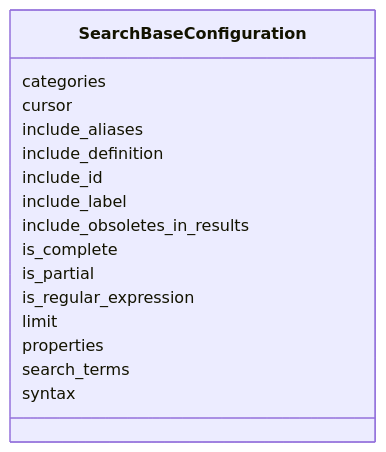
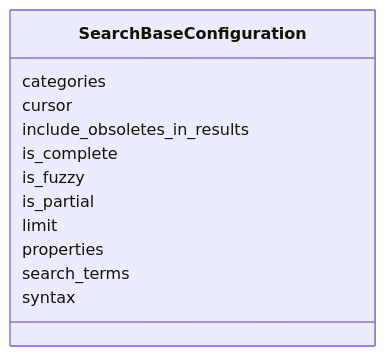
Before and after one commit to INCATools/ontology-access-kit: the diagram in search/SearchBaseConfiguration.md, drawn with Mermaid. The commit also changed other lines of this file and 77 other files, not shown here.

````diff
--- a/search/SearchBaseConfiguration.md
+++ b/search/SearchBaseConfiguration.md
@@ -13,19 +13,15 @@
 ```{mermaid}
  classDiagram
     class SearchBaseConfiguration
       SearchBaseConfiguration : categories
       SearchBaseConfiguration : cursor
-      SearchBaseConfiguration : include_aliases
-      SearchBaseConfiguration : include_definition
-      SearchBaseConfiguration : include_id
-      SearchBaseConfiguration : include_label
       SearchBaseConfiguration : include_obsoletes_in_results
       SearchBaseConfiguration : is_complete
+      SearchBaseConfiguration : is_fuzzy
       SearchBaseConfiguration : is_partial
-      SearchBaseConfiguration : is_regular_expression
       SearchBaseConfiguration : limit
       SearchBaseConfiguration : properties
       SearchBaseConfiguration : search_terms
       SearchBaseConfiguration : syntax
       
 ```
````
